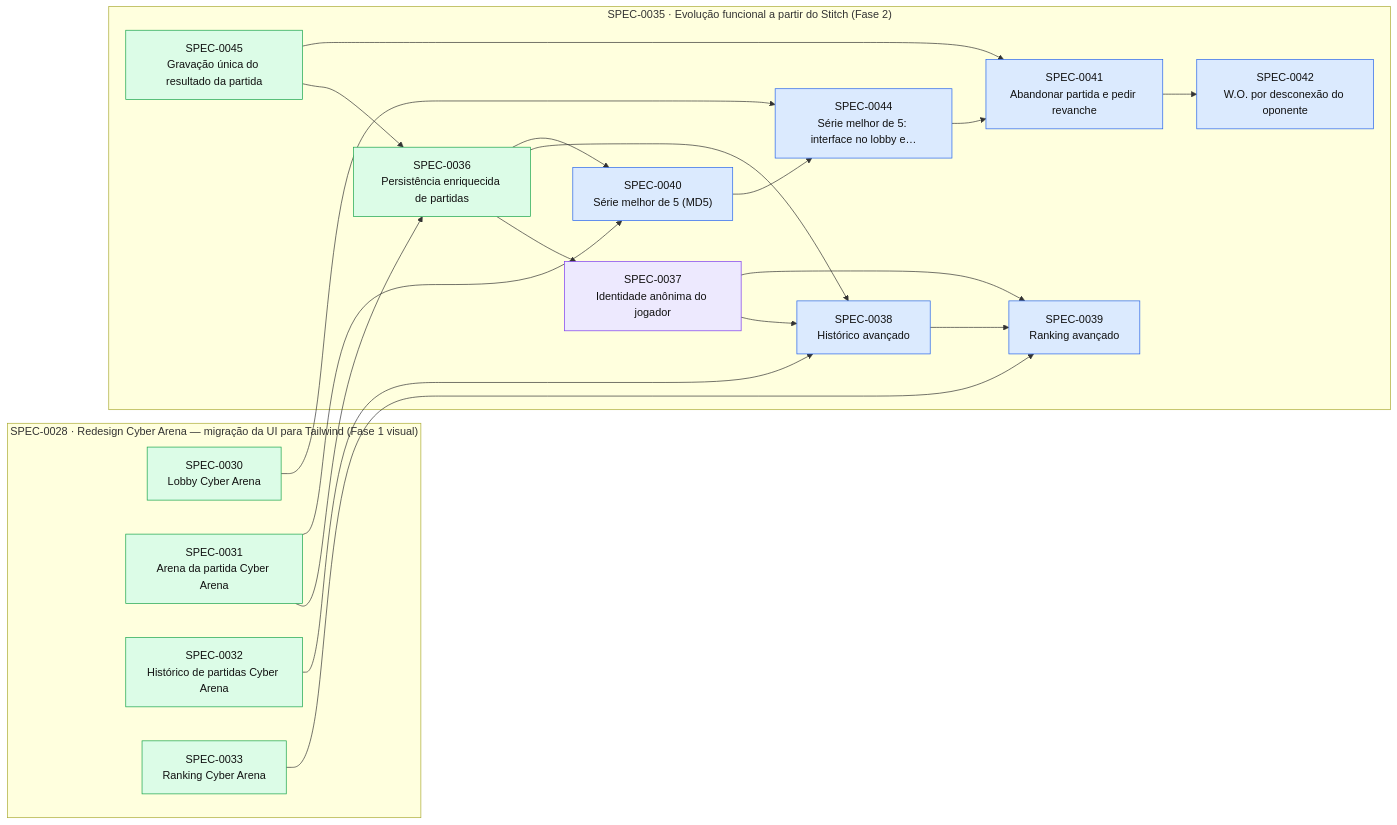
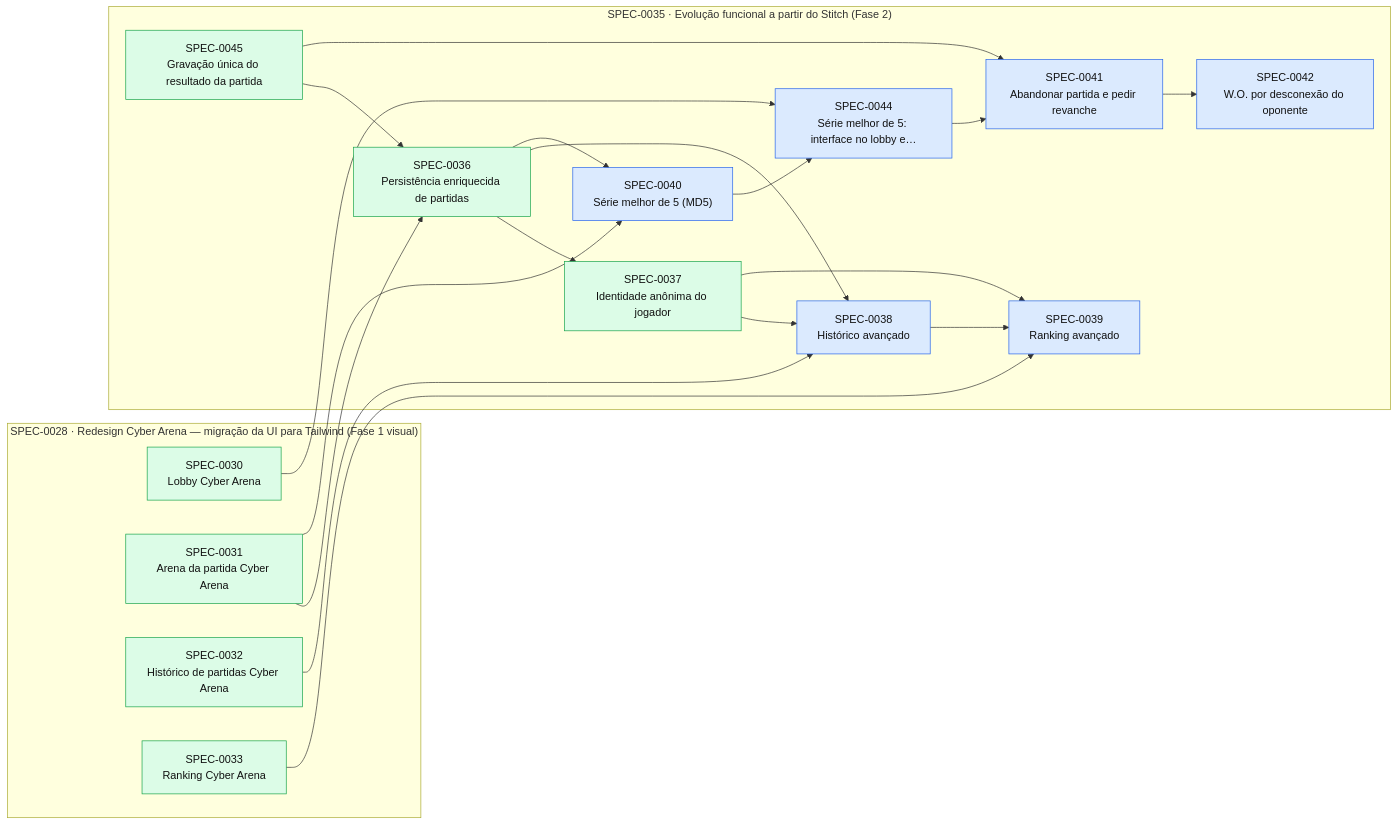
Before and after one commit to thomasravache/jogo-da-velha-multiplayer: the diagram in docs/specs/INDEX.md, drawn with Mermaid. The commit also changed other lines of this file and 2 other files, not shown here.

First line of the commit message:
docs(specs): fechar SPEC-0037 (relatório de entrega e CHANGELOG)

````diff
--- a/docs/specs/INDEX.md
+++ b/docs/specs/INDEX.md
@@ -42,41 +41,41 @@
 ```mermaid
 flowchart LR
   subgraph E0028["SPEC-0028 · Redesign Cyber Arena — migração da UI para Tailwind (Fase 1 visual)"]
     S0030["SPEC-0030<br/>Lobby Cyber Arena"]:::implemented
     S0031["SPEC-0031<br/>Arena da partida Cyber Arena"]:::implemented
     S0032["SPEC-0032<br/>Histórico de partidas Cyber Arena"]:::implemented
     S0033["SPEC-0033<br/>Ranking Cyber Arena"]:::implemented
   end
   subgraph E0035["SPEC-0035 · Evolução funcional a partir do Stitch (Fase 2)"]
     S0036["SPEC-0036<br/>Persistência enriquecida de partidas"]:::implemented
-    S0037["SPEC-0037<br/>Identidade anônima do jogador"]:::inprogress
+    S0037["SPEC-0037<br/>Identidade anônima do jogador"]:::implemented
     S0038["SPEC-0038<br/>Histórico avançado"]:::approved
     S0039["SPEC-0039<br/>Ranking avançado"]:::approved
     S0040["SPEC-0040<br/>Série melhor de 5 (MD5)"]:::approved
     S0041["SPEC-0041<br/>Abandonar partida e pedir revanche"]:::approved
     S0042["SPEC-0042<br/>W.O. por desconexão do oponente"]:::approved
     S0044["SPEC-0044<br/>Série melhor de 5: interface no lobby e…"]:::approved
     S0045["SPEC-0045<br/>Gravação única do resultado da partida"]:::implemented
   end
   S0031 --> S0036
   S0045 --> S0036
   S0036 --> S0037
   S0032 --> S0038
   S0036 --> S0038
   S0037 --> S0038
   S0033 --> S0039
   S0037 --> S0039
   S0038 --> S0039
   S0031 --> S0040
   S0036 --> S0040
   S0044 --> S0041
   S0045 --> S0041
   S0041 --> S0042
   S0030 --> S0044
   S0040 --> S0044
   classDef proposed fill:#fef3c7,stroke:#d97706,color:#111
   classDef approved fill:#dbeafe,stroke:#2563eb,color:#111
   classDef inprogress fill:#ede9fe,stroke:#7c3aed,color:#111
   classDef implemented fill:#dcfce7,stroke:#16a34a,color:#111
   classDef deprecated fill:#f3f4f6,stroke:#9ca3af,color:#6b7280
 ```
````
